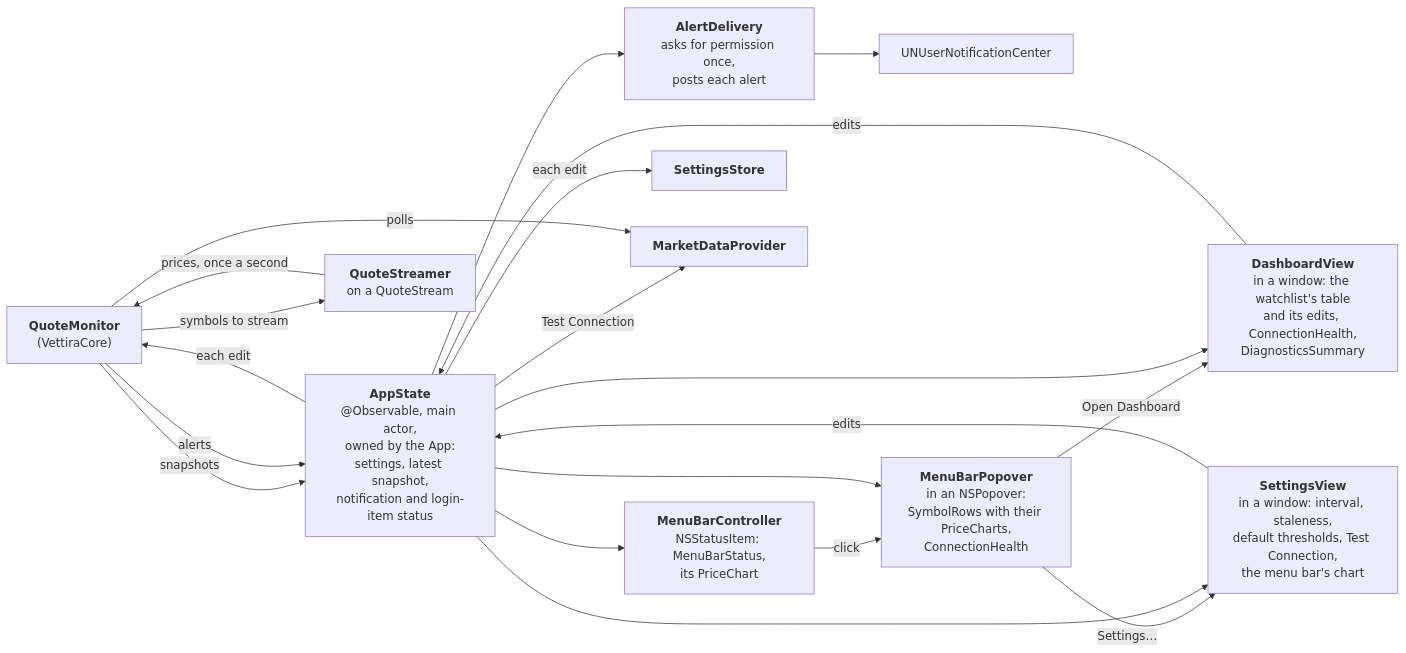
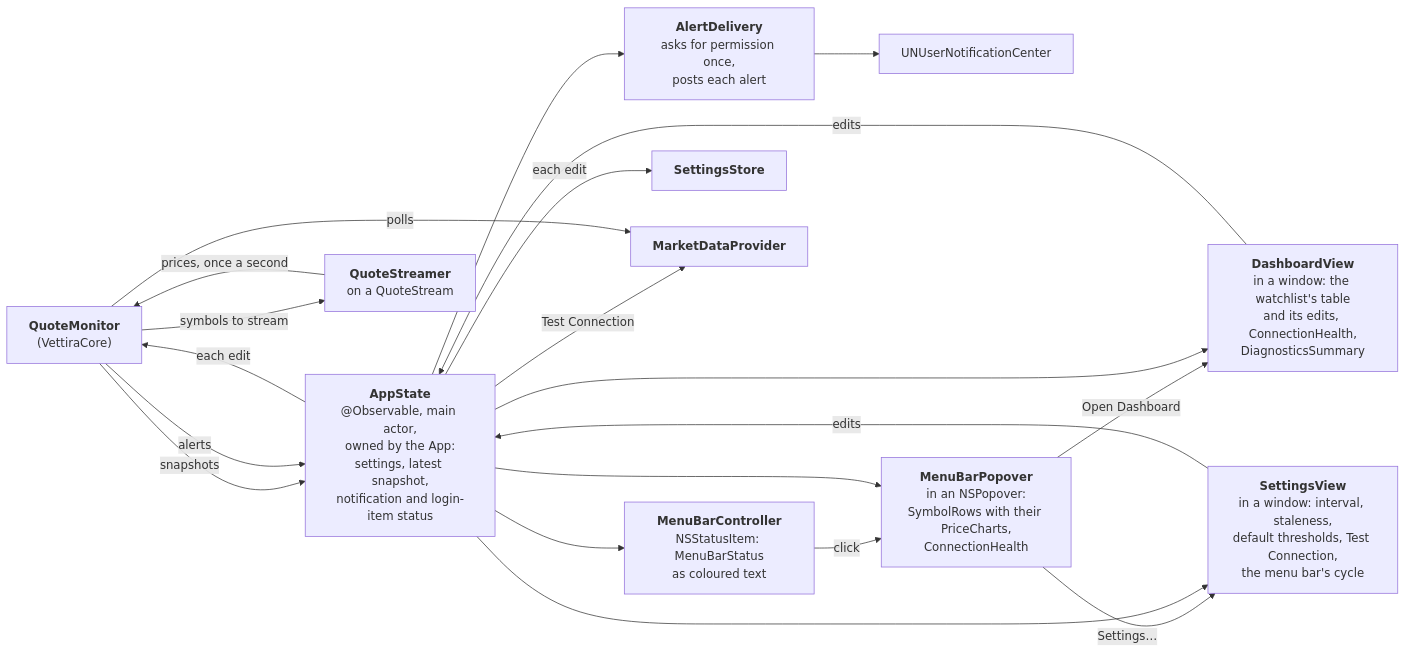
Before and after one commit to nikpietanze/vettira: the second of 6 diagrams in docs/architecture.md, drawn with Mermaid. The commit also changed other lines of this file and 22 other files, not shown here.

Commit message:
Show the menu bar as a cycling price ticker with changed digits coloured

````diff
--- a/docs/architecture.md
+++ b/docs/architecture.md
@@ -51,32 +51,32 @@
 ```mermaid
 flowchart LR
     monitor["<b>QuoteMonitor</b><br/>(VettiraCore)"]
     state["<b>AppState</b><br/>@Observable, main actor,<br/>owned by the App:<br/>settings, latest snapshot,<br/>notification and login-item status"]
     delivery["<b>AlertDelivery</b><br/>asks for permission once,<br/>posts each alert"]
     center["UNUserNotificationCenter"]
-    controller["<b>MenuBarController</b><br/>NSStatusItem: MenuBarStatus,<br/>its PriceChart"]
+    controller["<b>MenuBarController</b><br/>NSStatusItem: MenuBarStatus<br/>as coloured text"]
     popover["<b>MenuBarPopover</b><br/>in an NSPopover:<br/>SymbolRows with their PriceCharts,<br/>ConnectionHealth"]
     dashboard["<b>DashboardView</b><br/>in a window: the watchlist's table<br/>and its edits, ConnectionHealth,<br/>DiagnosticsSummary"]
-    settingsView["<b>SettingsView</b><br/>in a window: interval, staleness,<br/>default thresholds, Test Connection,<br/>the menu bar's chart"]
+    settingsView["<b>SettingsView</b><br/>in a window: interval, staleness,<br/>default thresholds, Test Connection,<br/>the menu bar's cycle"]
     store["<b>SettingsStore</b>"]
     provider["<b>MarketDataProvider</b>"]
     streamer["<b>QuoteStreamer</b><br/>on a QuoteStream"]
     monitor -- snapshots --> state
     monitor -- alerts --> state
     state --> delivery --> center
     state --> controller
     controller -- click --> popover
     popover -- Open Dashboard --> dashboard
     popover -- Settings… --> settingsView
     state --> popover
     state --> dashboard
     state --> settingsView
     dashboard -- edits --> state
     settingsView -- edits --> state
     state -- each edit --> store
     state -- each edit --> monitor
     state -- Test Connection --> provider
     monitor -- polls --> provider
     monitor -- symbols to stream --> streamer
     streamer -- prices, once a second --> monitor
 ```
````
